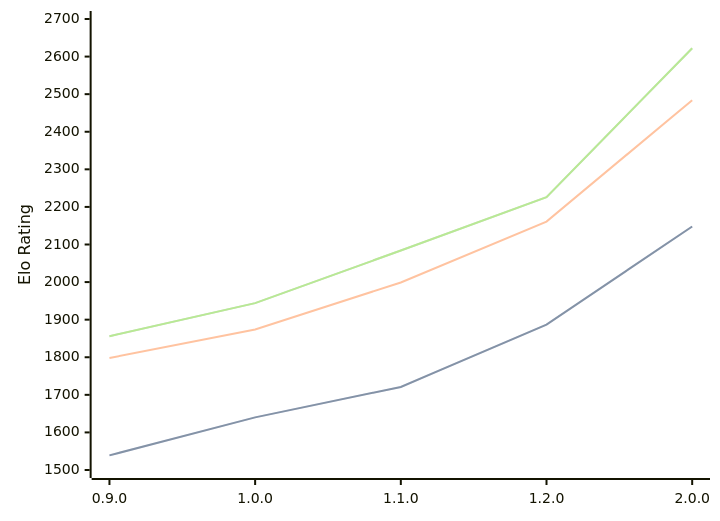
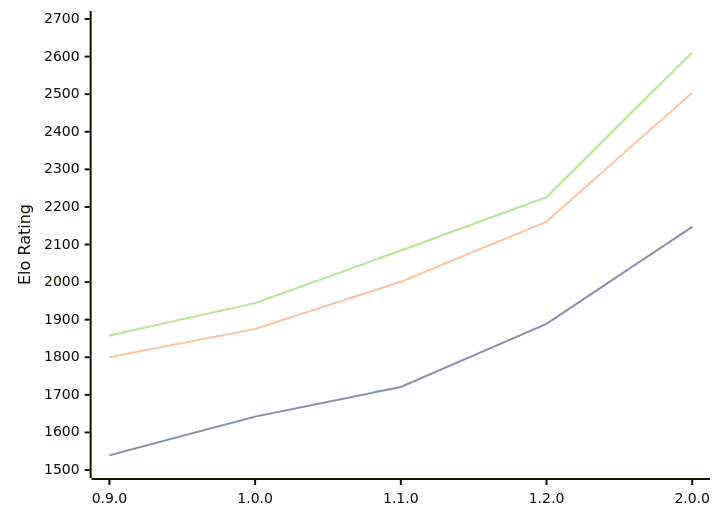
One commit to computer-chess-index/cci changed the first of 3 diagrams in engines/Ratsu.md. Above: the diagram before and after it, drawn with Mermaid. The commit also changed other lines of this file, not shown here.

Commit message:
Update CCI Ratings (ELO VLTC) - 2026-06-23

````diff
--- a/engines/Ratsu.md
+++ b/engines/Ratsu.md
@@ -35,11 +35,11 @@
 ```mermaid
 %%{init: {"theme":"base","themeVariables":{"seriesColors:['#a3a3a3','#222221','#faa371']}}}%%
 xychart-beta
   x-axis ["0.9.0", "1.0.0", "1.1.0", "1.2.0", "2.0.0"]
   y-axis "Elo Rating" 1500 --> 2700
-  line "STC (8.0+0.08s)" [1539, 1640, 1721, 1887, 2148]
-  line "STC (8.0+0.08s)" [1539, 1640, 1721, 1887, 2148]
-  line "LTC (60.0+0.60s)" [1798, 1874, 1999, 2161, 2484]
-  line "VLTC (2m24s+1.12s)" [1856, 1944, 2084, 2226, 2622]
-  line "VLTC (2m24s+1.12s)" [1856, 1944, 2084, 2226, 2622]
+  line "STC (8.0+0.08s)" [1539, 1642, 1721, 1889, 2147]
+  line "STC (8.0+0.08s)" [1539, 1642, 1721, 1889, 2147]
+  line "LTC (60.0+0.60s)" [1800, 1875, 2001, 2161, 2504]
+  line "VLTC (2m24s+1.12s)" [1858, 1944, 2084, 2226, 2611]
+  line "VLTC (2m24s+1.12s)" [1858, 1944, 2084, 2226, 2611]
 ```
````
